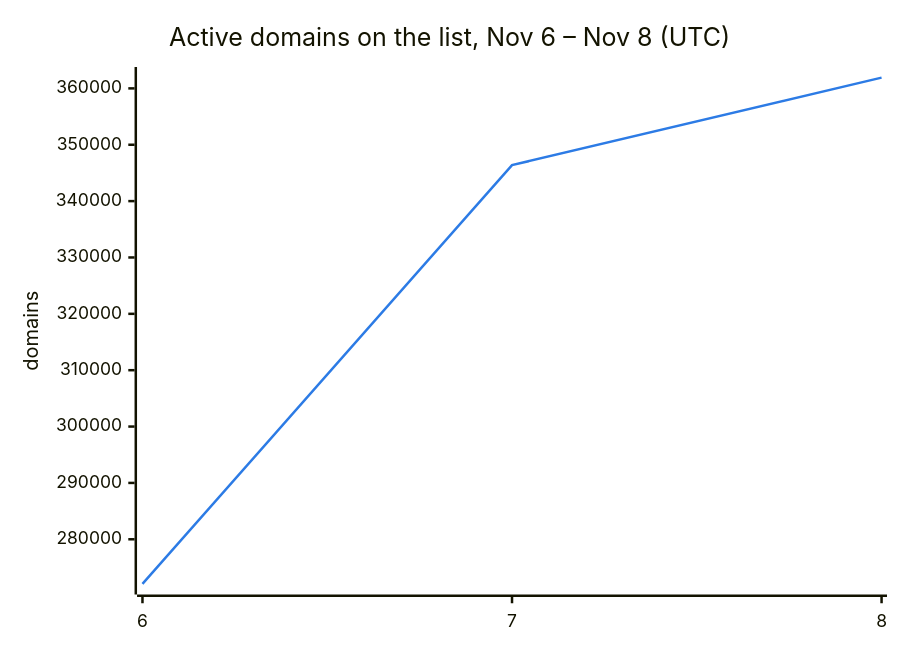
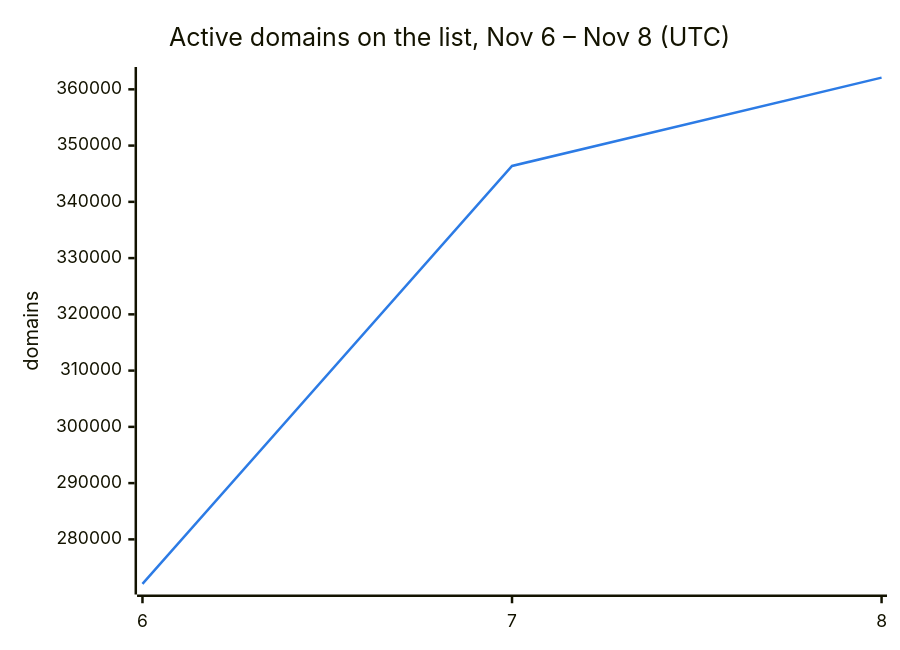
The second of 3 diagrams in README.md (DNSBunker/CTI), drawn with Mermaid before and after one commit. The commit also changed other lines of this file and 3 other files, not shown here.

````diff
--- a/README.md
+++ b/README.md
@@ -38,8 +38,8 @@
 ```mermaid
 %%{init: {"themeVariables": {"xyChart": {"plotColorPalette": "#2c7be5"}}}}%%
 xychart-beta
     title "Active domains on the list, Nov 6 – Nov 8 (UTC)"
     x-axis ["6", "7", "8"]
     y-axis "domains"
-    line [272088, 346388, 361909]
+    line [272088, 346388, 362082]
 ```
````
